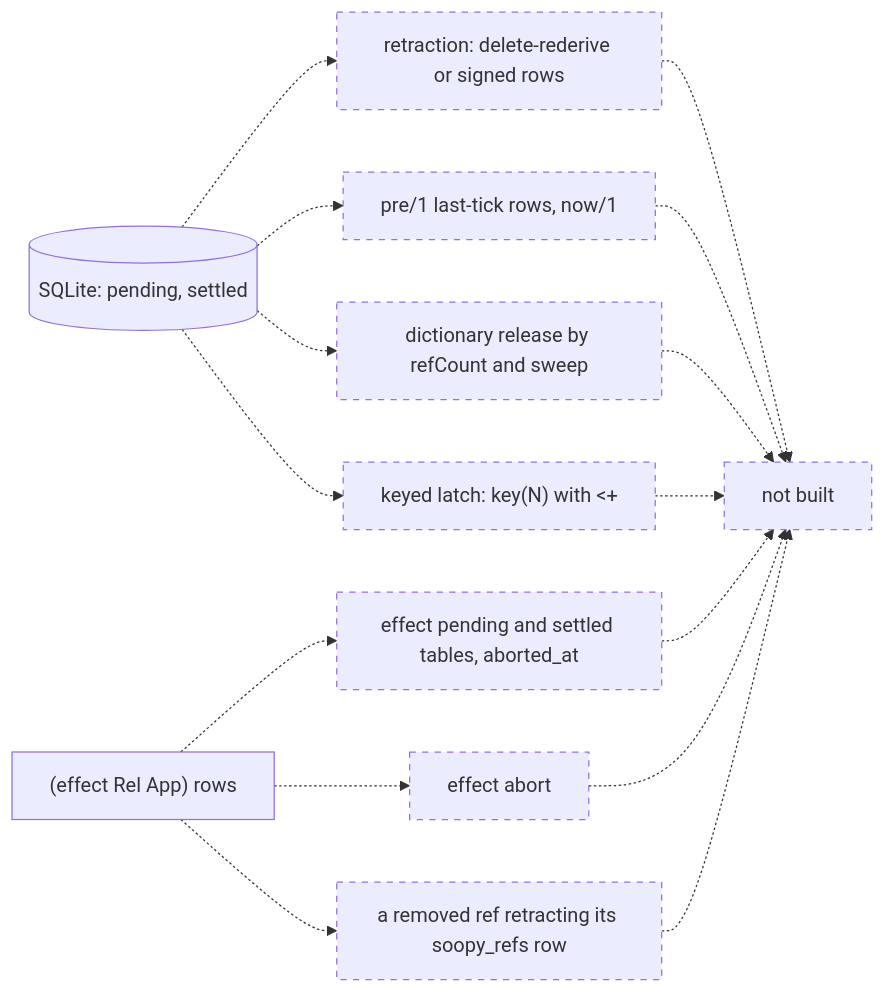
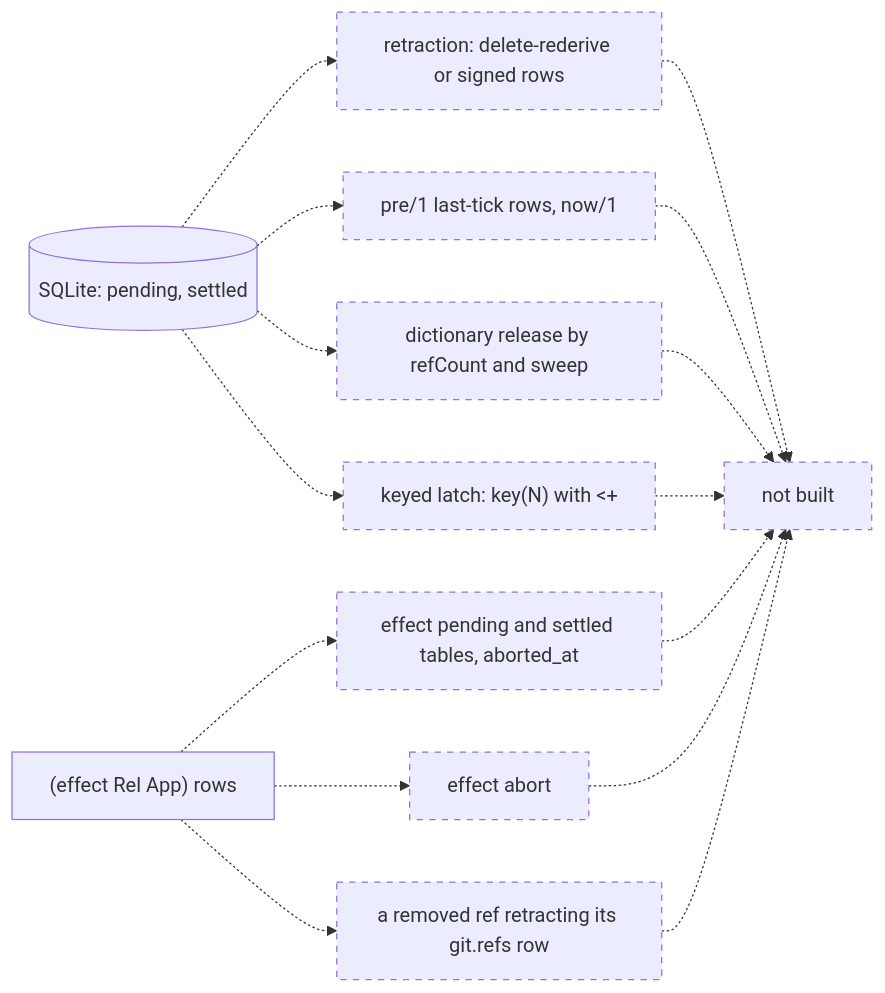
Before and after one commit to hafley66/sprefa: the diagram in book/src/16_not_built.md, drawn with Mermaid. The commit also changed other lines of this file and 19 other files, not shown here.

````diff
--- a/book/src/16_not_built.md
+++ b/book/src/16_not_built.md
@@ -3,13 +3,13 @@
 ```mermaid
 flowchart LR
   store[(SQLite: pending, settled)] -.-> retraction[retraction: delete-rederive or signed rows]
   store -.-> pre["pre/1 last-tick rows, now/1"]
   store -.-> sweep[dictionary release by refCount and sweep]
   store -.-> latch["keyed latch: key(N) with <+"]
   effect["(effect Rel App) rows"] -.-> pending[effect pending and settled tables, aborted_at]
   effect -.-> abort[effect abort]
-  effect -.-> removedref[a removed ref retracting its soopy_refs row]
+  effect -.-> removedref[a removed ref retracting its git.refs row]
   retraction & pre & sweep & latch & pending & abort & removedref -.-> nb[not built]
   classDef notbuilt stroke-dasharray: 5 5
   class retraction,pre,sweep,latch,pending,abort,removedref,nb notbuilt
 ```
````
